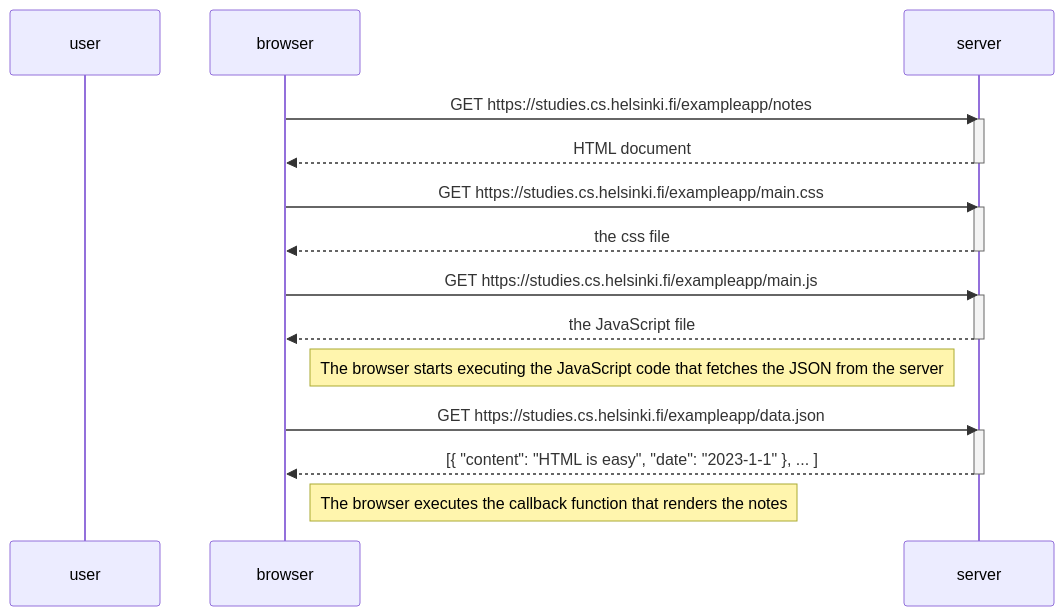
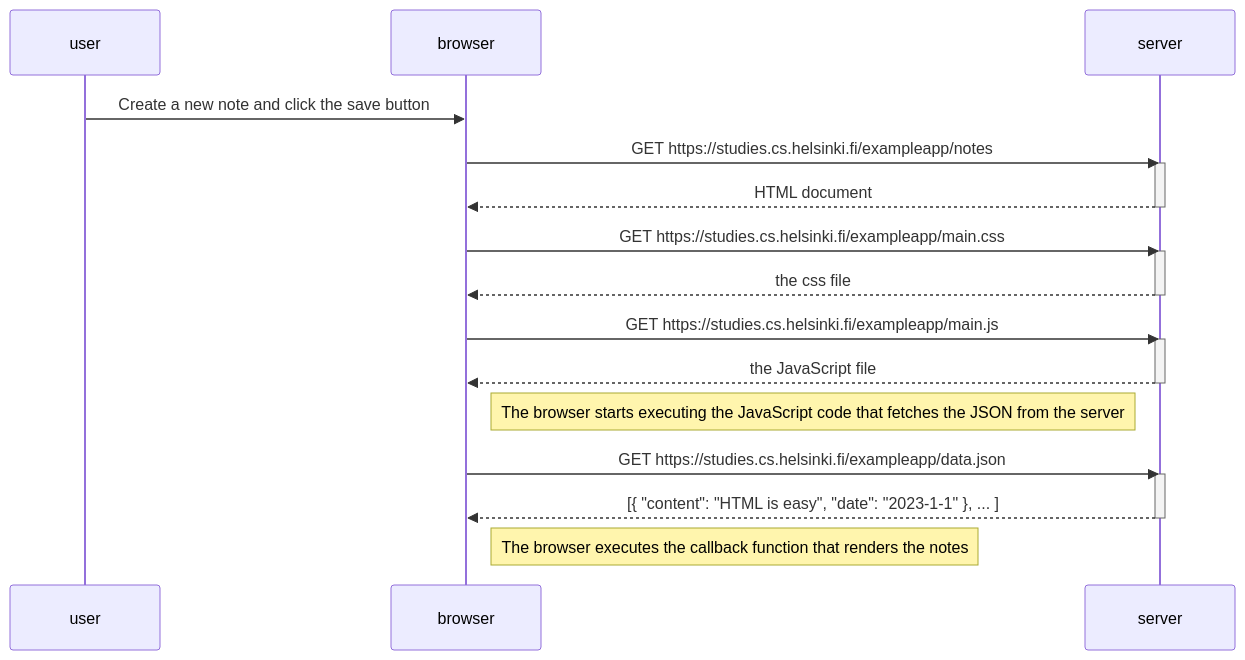
One commit to hellojeremyonly/full-stack-open changed the diagram in part0/0.4: New note diagram.md. Above: the diagram before and after it, drawn with Mermaid.

Commit message:
Update 0.4: New note diagram.md

````diff
--- a/part0/0.4: New note diagram.md
+++ b/part0/0.4: New note diagram.md
@@ -1,30 +1,31 @@
 ```mermaid
 sequenceDiagram
     participant user
     participant browser
     participant server
 
+    user->>browser: Create a new note and click the save button
     browser->>server: GET https://studies.cs.helsinki.fi/exampleapp/notes
     activate server
     server-->>browser: HTML document
     deactivate server
 
     browser->>server: GET https://studies.cs.helsinki.fi/exampleapp/main.css
     activate server
     server-->>browser: the css file
     deactivate server
 
     browser->>server: GET https://studies.cs.helsinki.fi/exampleapp/main.js
     activate server
     server-->>browser: the JavaScript file
     deactivate server
 
     Note right of browser: The browser starts executing the JavaScript code that fetches the JSON from the server
 
     browser->>server: GET https://studies.cs.helsinki.fi/exampleapp/data.json
     activate server
     server-->>browser: [{ "content": "HTML is easy", "date": "2023-1-1" }, ... ]
     deactivate server
 
     Note right of browser: The browser executes the callback function that renders the notes
 ```
````
